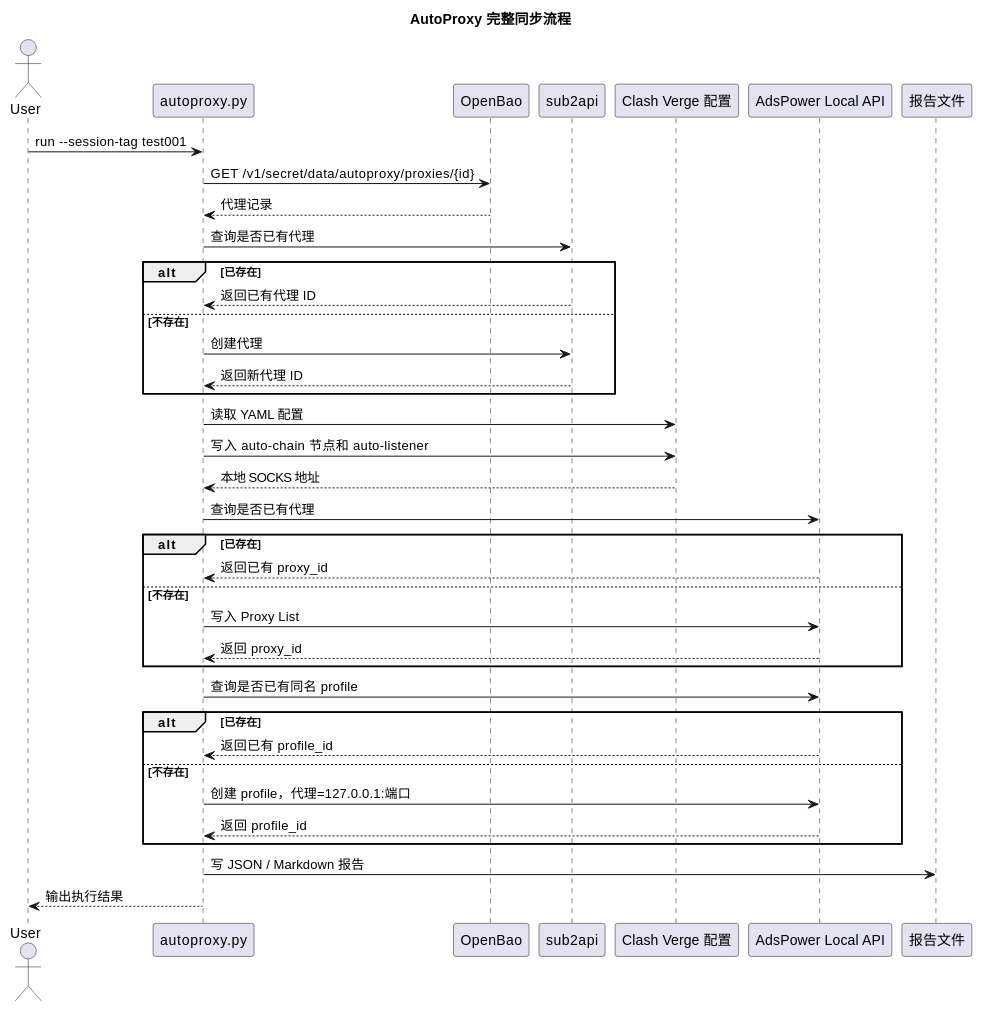
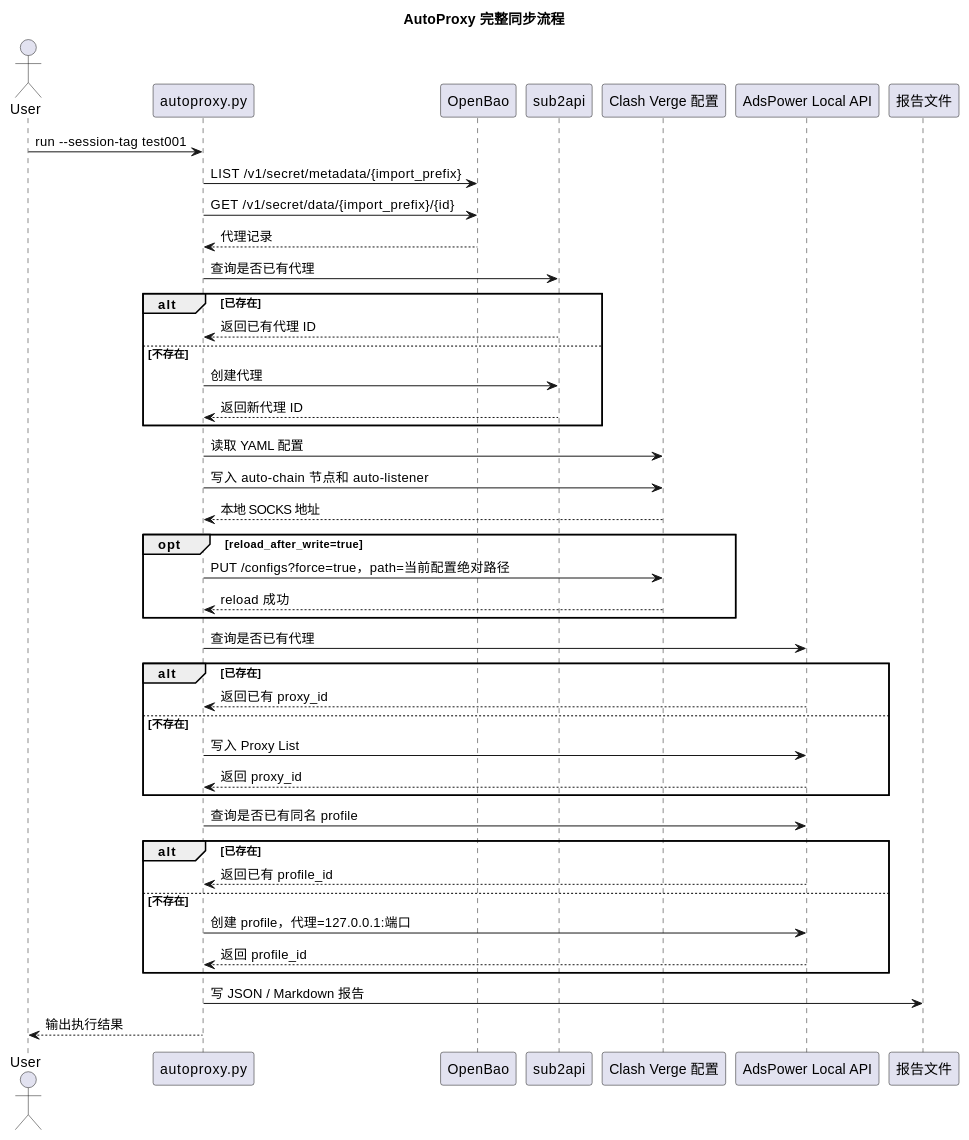
One commit to R0llingRed/autoproxy changed the diagram in DESIGN.md. Above: the diagram before and after it, drawn with PlantUML. The commit also changed other lines of this file and 12 other files, not shown here.

````diff
--- a/DESIGN.md
+++ b/DESIGN.md
@@ -120,49 +134,54 @@
 ```plantuml
 @startuml
 title AutoProxy 完整同步流程
 
 actor User as U
 participant "autoproxy.py" as CLI
 participant "OpenBao" as Bao
 participant "sub2api" as Sub2API
 participant "Clash Verge 配置" as Clash
 participant "AdsPower Local API" as AdsPower
 participant "报告文件" as Report
 
 U -> CLI: run --session-tag test001
-CLI -> Bao: GET /v1/secret/data/autoproxy/proxies/{id}
+CLI -> Bao: LIST /v1/secret/metadata/{import_prefix}
+CLI -> Bao: GET /v1/secret/data/{import_prefix}/{id}
 Bao --> CLI: 代理记录
 
 CLI -> Sub2API: 查询是否已有代理
 alt 已存在
   Sub2API --> CLI: 返回已有代理 ID
 else 不存在
   CLI -> Sub2API: 创建代理
   Sub2API --> CLI: 返回新代理 ID
 end
 
 CLI -> Clash: 读取 YAML 配置
 CLI -> Clash: 写入 auto-chain 节点和 auto-listener
 Clash --> CLI: 本地 SOCKS 地址
+opt reload_after_write=true
+  CLI -> Clash: PUT /configs?force=true，path=当前配置绝对路径
+  Clash --> CLI: reload 成功
+end
 
 CLI -> AdsPower: 查询是否已有代理
 alt 已存在
   AdsPower --> CLI: 返回已有 proxy_id
 else 不存在
   CLI -> AdsPower: 写入 Proxy List
   AdsPower --> CLI: 返回 proxy_id
 end
 
 CLI -> AdsPower: 查询是否已有同名 profile
 alt 已存在
   AdsPower --> CLI: 返回已有 profile_id
 else 不存在
   CLI -> AdsPower: 创建 profile，代理=127.0.0.1:端口
   AdsPower --> CLI: 返回 profile_id
 end
 
 CLI -> Report: 写 JSON / Markdown 报告
 CLI --> U: 输出执行结果
 
 @enduml
 ```
````
